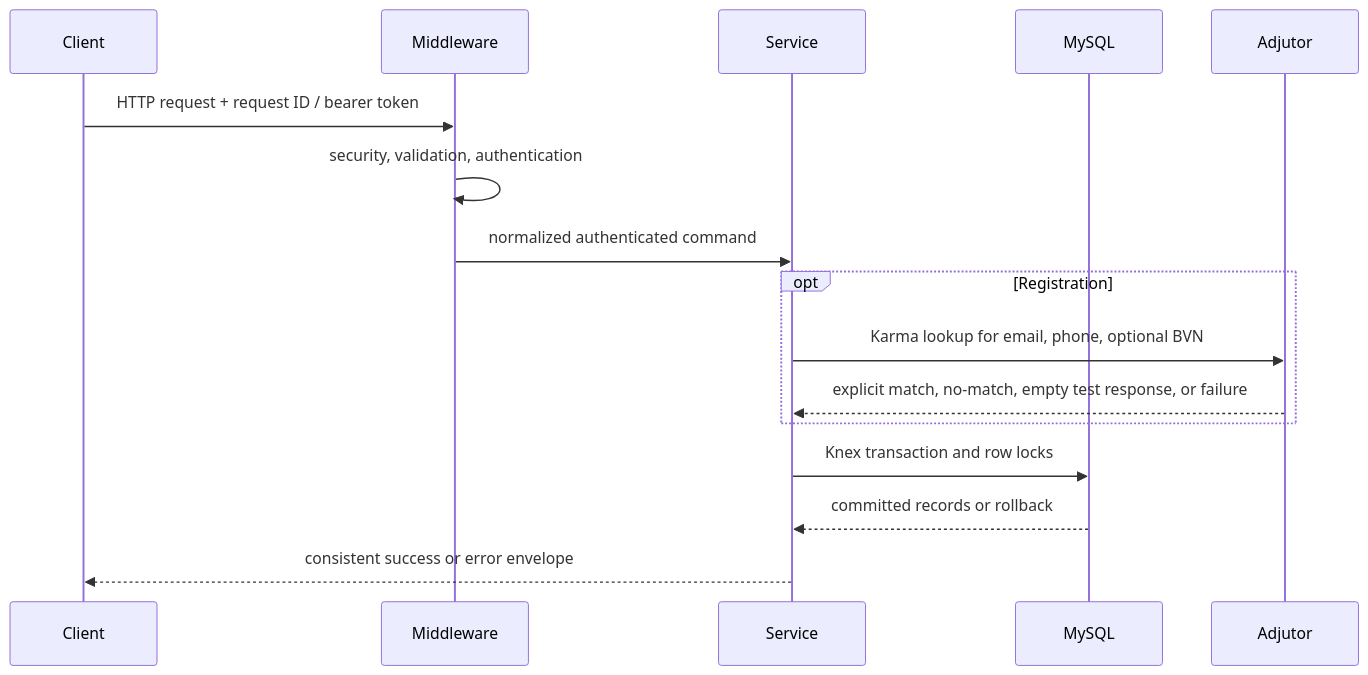
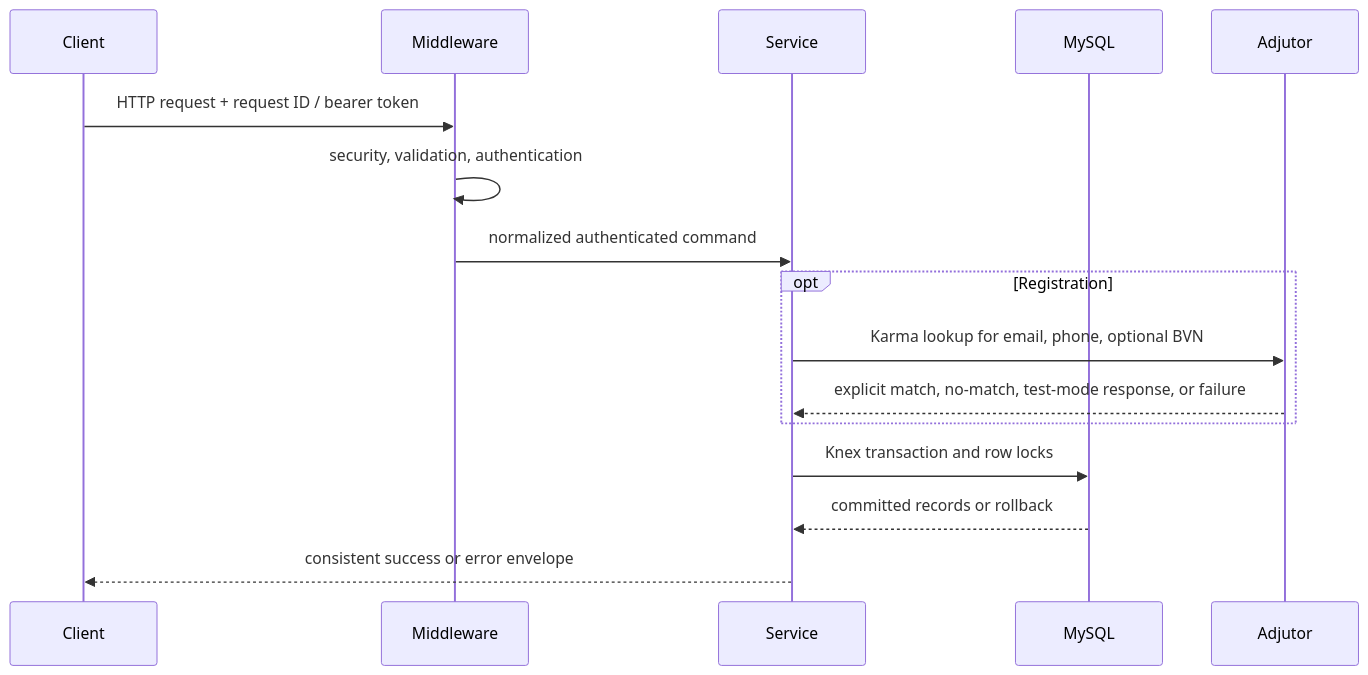
One commit to ukcharlies/ukachi-charles-lendsqr-be-test changed the diagram in README.md. Above: the diagram before and after it, drawn with Mermaid. The commit also changed other lines of this file and 16 other files, not shown here.

````diff
--- a/README.md
+++ b/README.md
@@ -71,18 +71,18 @@
 ```mermaid
 sequenceDiagram
   participant C as Client
   participant M as Middleware
   participant S as Service
   participant DB as MySQL
   participant A as Adjutor
   C->>M: HTTP request + request ID / bearer token
   M->>M: security, validation, authentication
   M->>S: normalized authenticated command
   opt Registration
     S->>A: Karma lookup for email, phone, optional BVN
-    A-->>S: explicit match, no-match, empty test response, or failure
+    A-->>S: explicit match, no-match, test-mode response, or failure
   end
   S->>DB: Knex transaction and row locks
   DB-->>S: committed records or rollback
   S-->>C: consistent success or error envelope
 ```
````
